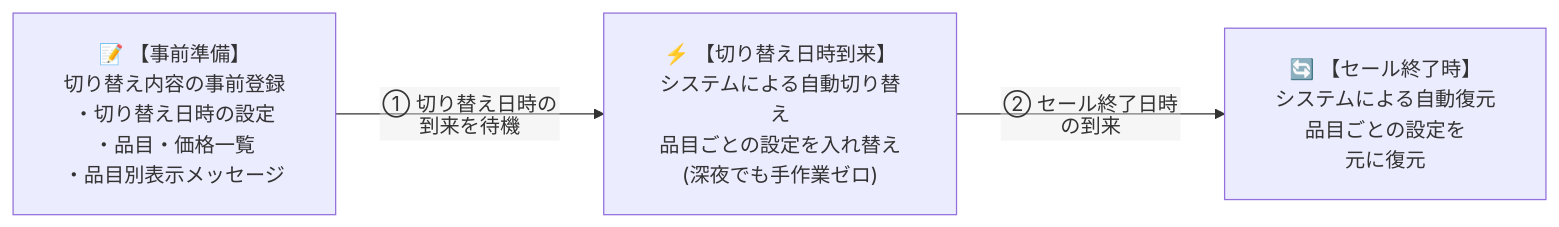
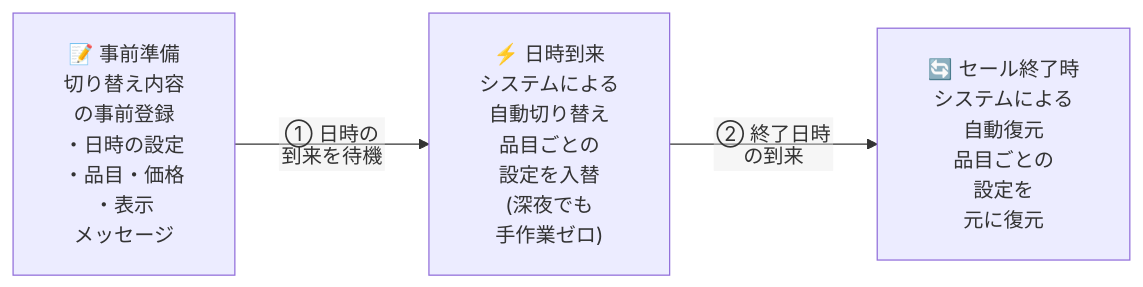
The fourth of 4 diagrams in README.md (imo96/service-planning-architecture-portfolio), drawn with Mermaid before and after one commit. The commit also changed other lines of this file, not shown here.

First line of the commit message:
Mermaid図: 1行の文字数をさらに減らし見切れを解消

````diff
--- a/README.md
+++ b/README.md
@@ -176,10 +176,10 @@
 ```mermaid
 %%{init: {"flowchart": {"htmlLabels": false, "padding": 20, "nodeSpacing": 40, "rankSpacing": 70}}}%%
 flowchart LR
-    A["📝 【事前準備】<br>切り替え内容の事前登録<br>・切り替え日時の設定<br>・品目・価格一覧<br>・品目別表示メッセージ"]
-    B["⚡ 【切り替え日時到来】<br>システムによる自動切り替え<br>品目ごとの設定を入れ替え<br>(深夜でも手作業ゼロ)"]
-    C["🔄 【セール終了時】<br>システムによる自動復元<br>品目ごとの設定を<br>元に復元"]
+    A["📝 事前準備<br>切り替え内容<br>の事前登録<br>・日時の設定<br>・品目・価格<br>・表示<br>メッセージ"]
+    B["⚡ 日時到来<br>システムによる<br>自動切り替え<br>品目ごとの<br>設定を入替<br>(深夜でも<br>手作業ゼロ)"]
+    C["🔄 セール終了時<br>システムによる<br>自動復元<br>品目ごとの<br>設定を<br>元に復元"]
 
-    A -->|"① 切り替え日時の<br>到来を待機"| B
-    B -->|"② セール終了日時<br>の到来"| C
+    A -->|"① 日時の<br>到来を待機"| B
+    B -->|"② 終了日時<br>の到来"| C
 ```
````
